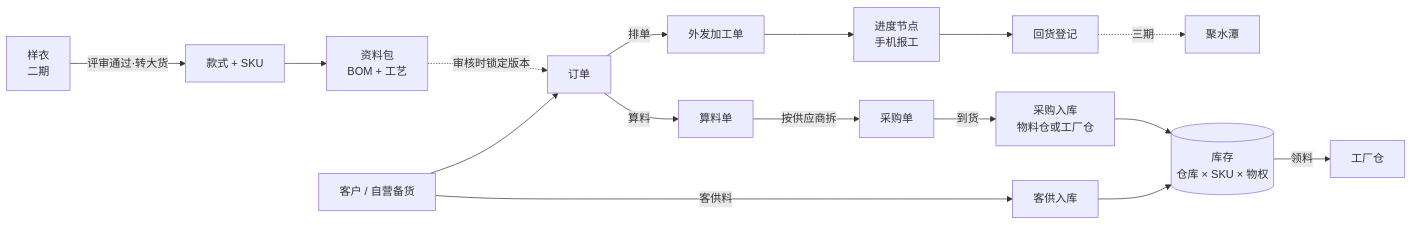
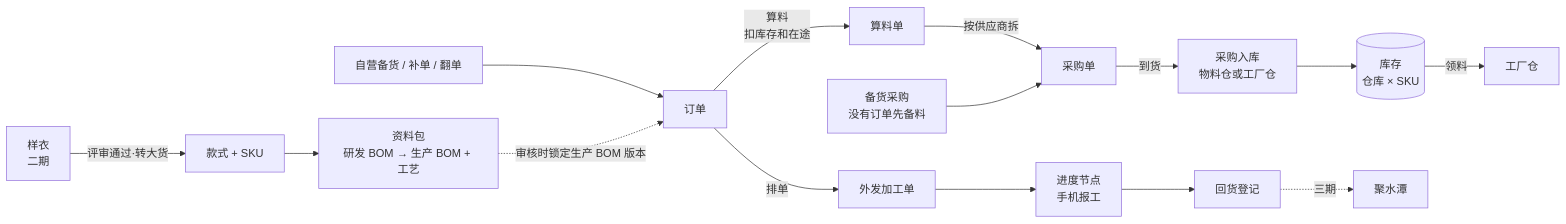
Before and after one commit to xiaoliangao/lingmao: the first of 3 diagrams in docs/PRD.md, drawn with Mermaid. The commit also changed other lines of this file and 2 other files, not shown here.

````diff
--- a/docs/PRD.md
+++ b/docs/PRD.md
@@ -276,18 +330,17 @@
 ```mermaid
 flowchart LR
   S[样衣<br/>二期] -->|评审通过·转大货| ST[款式 + SKU]
-  ST --> TP[资料包<br/>BOM + 工艺]
-  C[客户 / 自营备货] --> O[订单]
-  TP -.审核时锁定版本.-> O
+  ST --> TP[资料包<br/>研发 BOM → 生产 BOM + 工艺]
+  C[自营备货 / 补单 / 翻单] --> O[订单]
+  TP -.审核时锁定生产 BOM 版本.-> O
   O -->|排单| P[外发加工单]
-  O -->|算料| M[算料单]
+  O -->|算料<br/>扣库存和在途| M[算料单]
   M -->|按供应商拆| PO[采购单]
+  BH[备货采购<br/>没有订单先备料] --> PO
   PO -->|到货| IN[采购入库<br/>物料仓或工厂仓]
-  C -->|客供料| CIN[客供入库]
-  IN --> INV[(库存<br/>仓库 × SKU × 物权)]
-  CIN --> INV
+  IN --> INV[(库存<br/>仓库 × SKU)]
   INV -->|领料| FW[工厂仓]
   P --> N[进度节点<br/>手机报工]
   N --> R[回货登记]
   R -.三期.-> JST[聚水潭]
 ```
````
